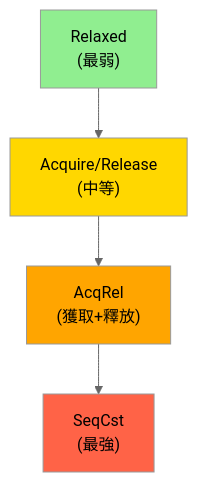
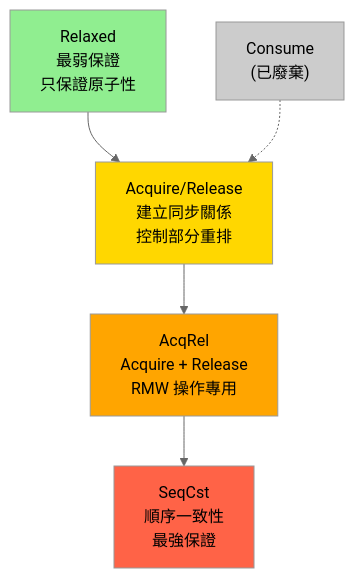
One commit to LiamStanDev/programming-notes changed the third of 6 diagrams in 1. Programing/02-languages/rust/03-併發與並行/01-原子操作與內存順序.md. Above: the diagram before and after it, drawn with Mermaid (neutral theme). The commit also changed other lines of this file and 1 other file, not shown here.

````diff
--- a/1. Programing/02-languages/rust/03-併發與並行/01-原子操作與內存順序.md
+++ b/1. Programing/02-languages/rust/03-併發與並行/01-原子操作與內存順序.md
@@ -79,11 +304,14 @@
 ```mermaid
 graph TD
-    A["Relaxed<br/>(最弱)"] --> B["Acquire/Release<br/>(中等)"]
-    B --> C["AcqRel<br/>(獲取+釋放)"]
-    C --> D["SeqCst<br/>(最強)"]
+    A["Relaxed<br/>最弱保證<br/>只保證原子性"] --> B["Acquire/Release<br/>建立同步關係<br/>控制部分重排"]
+    B --> C["AcqRel<br/>Acquire + Release<br/>RMW 操作專用"]
+    C --> D["SeqCst<br/>順序一致性<br/>最強保證"]
     
     style A fill:#90EE90
     style B fill:#FFD700
     style C fill:#FFA500
     style D fill:#FF6347
+    
+    E["Consume<br/>(已廢棄)"] -.-> B
+    style E fill:#CCCCCC
 ```
````
